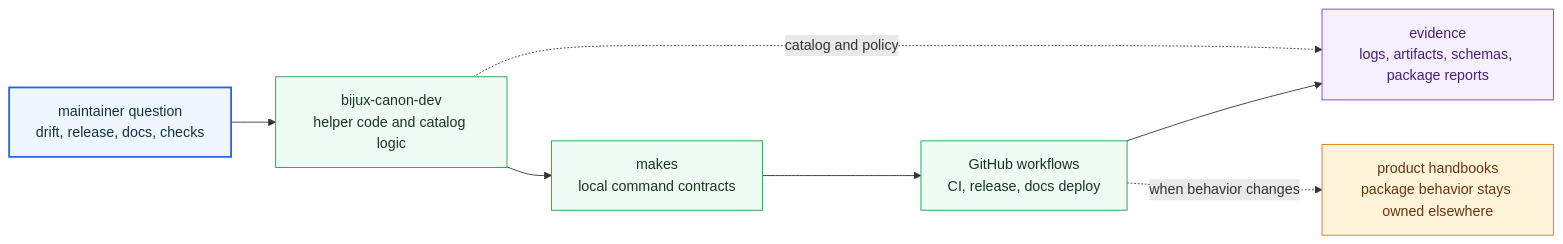
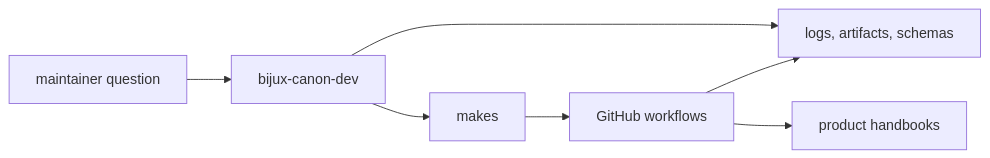
The diagram in docs/07-bijux-canon-maintain/index.md (bijux/bijux-canon), drawn with Mermaid before and after one commit. The commit also changed other lines of this file, not shown here.

Commit message:
docs(maintain): simplify repository health map

````diff
--- a/docs/07-bijux-canon-maintain/index.md
+++ b/docs/07-bijux-canon-maintain/index.md
@@ -29,22 +29,13 @@
 ```mermaid
 flowchart LR
-    maintainer["maintainer question<br/>drift, release, docs, checks"]
-    dev["bijux-canon-dev<br/>helper code and catalog logic"]
-    makes["makes<br/>local command contracts"]
-    workflows["GitHub workflows<br/>CI, release, docs deploy"]
-    evidence["evidence<br/>logs, artifacts, schemas, package reports"]
-    product["product handbooks<br/>package behavior stays owned elsewhere"]
+    maintainer["maintainer question"]
+    dev["bijux-canon-dev"]
+    makes["makes"]
+    workflows["GitHub workflows"]
+    evidence["logs, artifacts, schemas"]
+    product["product handbooks"]
 
     maintainer --> dev --> makes --> workflows --> evidence
-    dev -. catalog and policy .-> evidence
-    workflows -. when behavior changes .-> product
-
-    classDef page fill:#eef6ff,stroke:#2563eb,color:#153145,stroke-width:2px;
-    classDef positive fill:#eefbf3,stroke:#16a34a,color:#173622;
-    classDef anchor fill:#f4f0ff,stroke:#7c3aed,color:#47207f;
-    classDef action fill:#fff4da,stroke:#d97706,color:#6b3410;
-    class maintainer page;
-    class dev,makes,workflows positive;
-    class evidence anchor;
-    class product action;
+    dev --> evidence
+    workflows --> product
 ```
````
